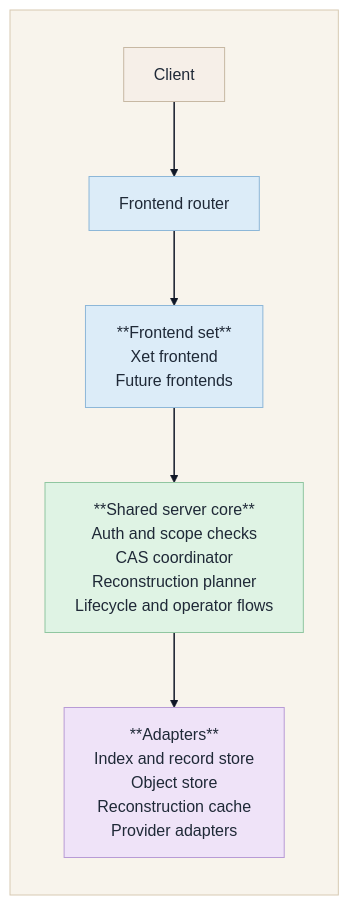
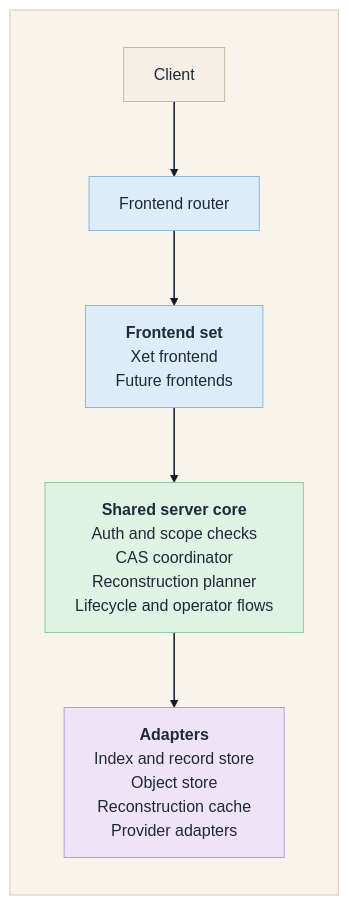
One commit to STEXS-Technologies/shardline changed the first of 4 diagrams in docs/ARCHITECTURE.md. Above: the diagram before and after it, drawn with Mermaid (base theme). The commit also changed other lines of this file and 1 other file, not shown here.

Commit message:
docs: fix mermaid bold label rendering

````diff
--- a/docs/ARCHITECTURE.md
+++ b/docs/ARCHITECTURE.md
@@ -31,27 +31,27 @@
 ```mermaid
 flowchart TD
   subgraph Canvas[ ]
     direction TD
     Client[Client]
     Router[Frontend router]
-    Frontends["**Frontend set**<br/>Xet frontend<br/>Future frontends"]
-    Core["**Shared server core**<br/>Auth and scope checks<br/>CAS coordinator<br/>Reconstruction planner<br/>Lifecycle and operator flows"]
-    Adapters["**Adapters**<br/>Index and record store<br/>Object store<br/>Reconstruction cache<br/>Provider adapters"]
+    Frontends["<b>Frontend set</b><br/>Xet frontend<br/>Future frontends"]
+    Core["<b>Shared server core</b><br/>Auth and scope checks<br/>CAS coordinator<br/>Reconstruction planner<br/>Lifecycle and operator flows"]
+    Adapters["<b>Adapters</b><br/>Index and record store<br/>Object store<br/>Reconstruction cache<br/>Provider adapters"]
   end
 
   Client --> Router
   Router --> Frontends
   Frontends --> Core
   Core --> Adapters
 
   classDef neutral fill:#f6efe8,stroke:#c7b8a3,color:#1f2937;
   classDef frontend fill:#dcecf8,stroke:#8db7d8,color:#1f2937;
   classDef core fill:#dff3e4,stroke:#90c6a0,color:#1f2937;
   classDef adapter fill:#efe3f8,stroke:#b89bd6,color:#1f2937;
   style Canvas fill:#f8f4ec,stroke:#d7c9b2,color:#1f2937;
   class Client neutral;
   class Router,Frontends frontend;
   class Core core;
   class Adapters adapter;
   linkStyle default stroke:#111827,stroke-width:1.5px;
 ```
````
